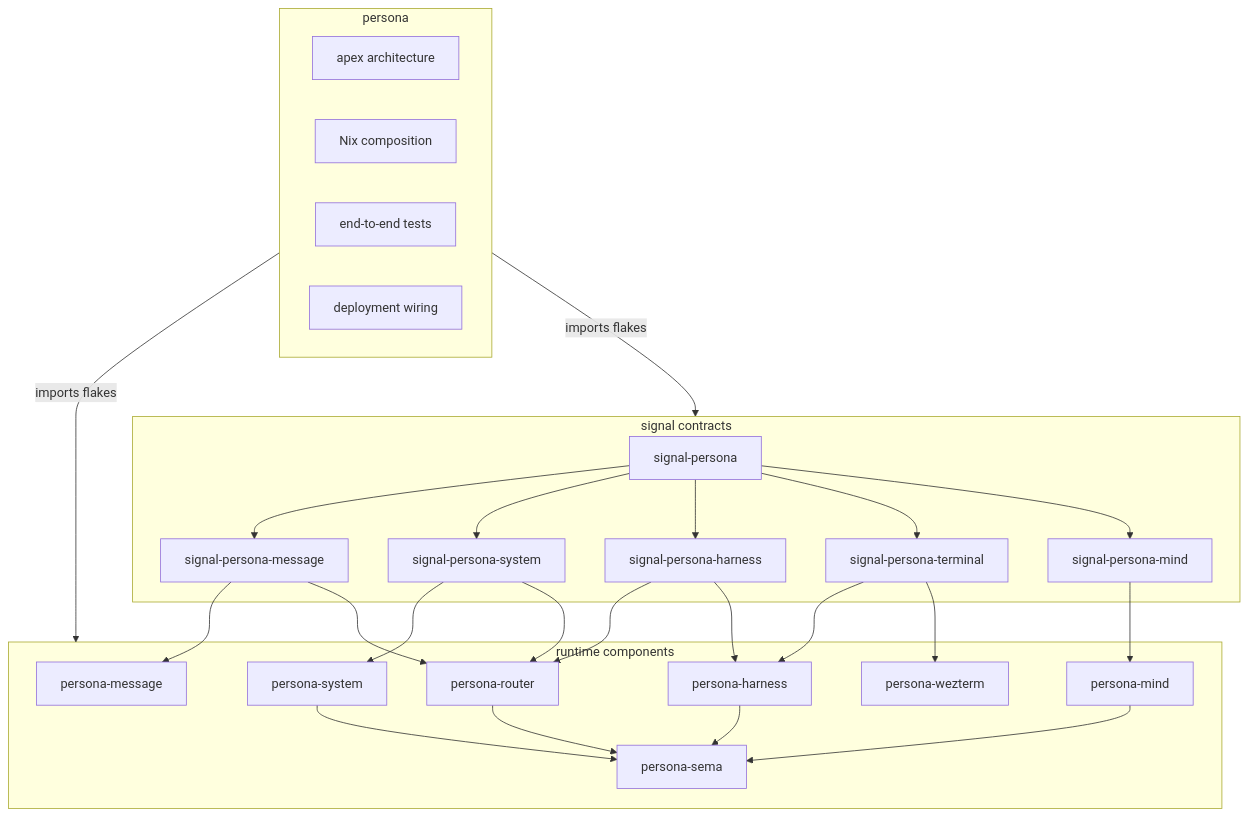
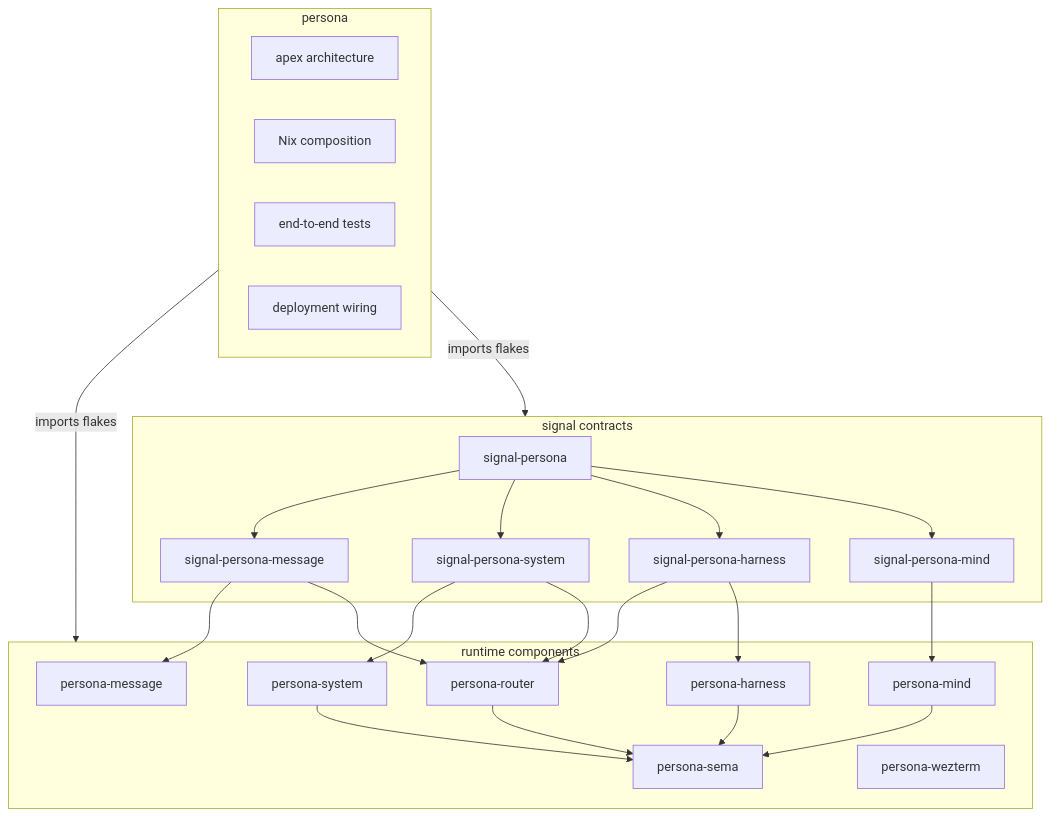
One commit to LiGoldragon/persona changed the first of 4 diagrams in ARCHITECTURE.md. Above: the diagram before and after it, drawn with Mermaid. The commit also changed other lines of this file, not shown here.

Commit message:
docs: clarify persona contract boundaries

````diff
--- a/ARCHITECTURE.md
+++ b/ARCHITECTURE.md
@@ -32,52 +32,48 @@
 ```mermaid
 flowchart TB
     subgraph apex["persona"]
         architecture["apex architecture"]
         nix["Nix composition"]
         tests["end-to-end tests"]
         deployment["deployment wiring"]
     end
 
     subgraph contracts["signal contracts"]
         umbrella["signal-persona"]
         message_contract["signal-persona-message"]
         system_contract["signal-persona-system"]
         harness_contract["signal-persona-harness"]
-        terminal_contract["signal-persona-terminal"]
         mind_contract["signal-persona-mind"]
     end
 
     subgraph runtime["runtime components"]
         message["persona-message"]
         router["persona-router"]
         sema["persona-sema"]
         system["persona-system"]
         harness["persona-harness"]
         wezterm["persona-wezterm"]
         mind["persona-mind"]
     end
 
     apex -->|imports flakes| runtime
     apex -->|imports flakes| contracts
 
     umbrella --> message_contract
     umbrella --> system_contract
     umbrella --> harness_contract
-    umbrella --> terminal_contract
     umbrella --> mind_contract
 
     message_contract --> message
     message_contract --> router
     system_contract --> system
     system_contract --> router
     harness_contract --> router
     harness_contract --> harness
-    terminal_contract --> harness
-    terminal_contract --> wezterm
     mind_contract --> mind
 
     router --> sema
     mind --> sema
     harness --> sema
     system --> sema
 ```
````
